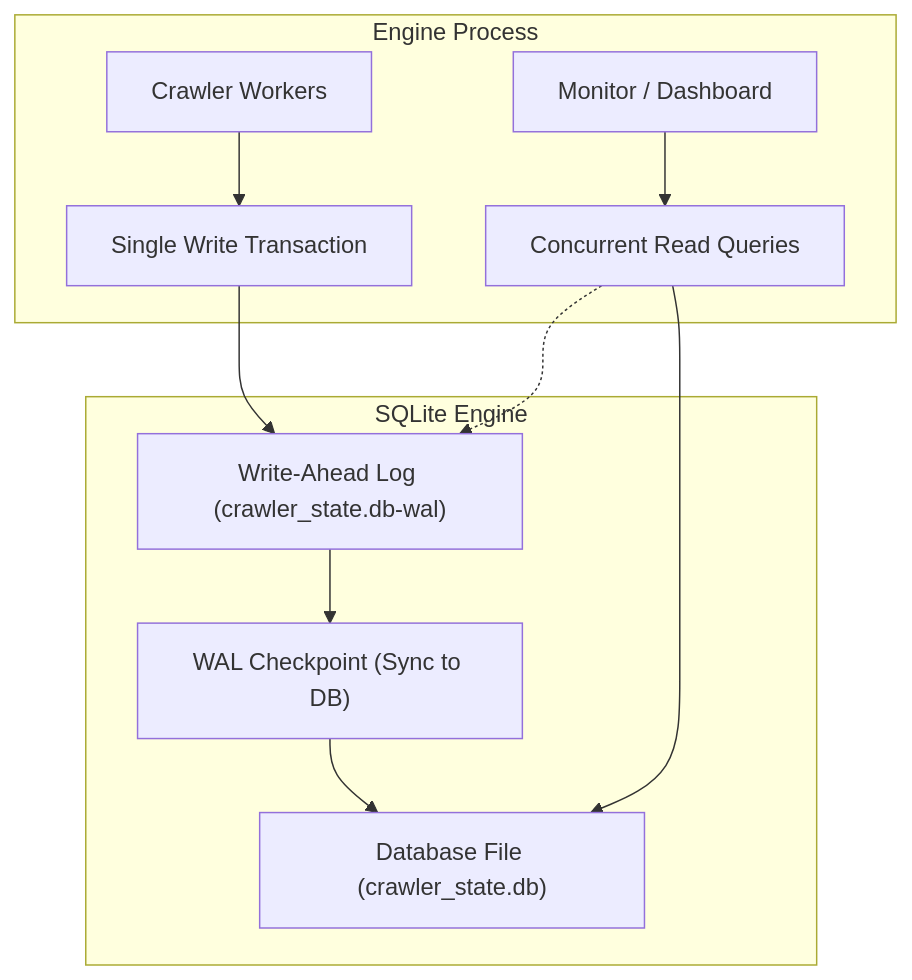
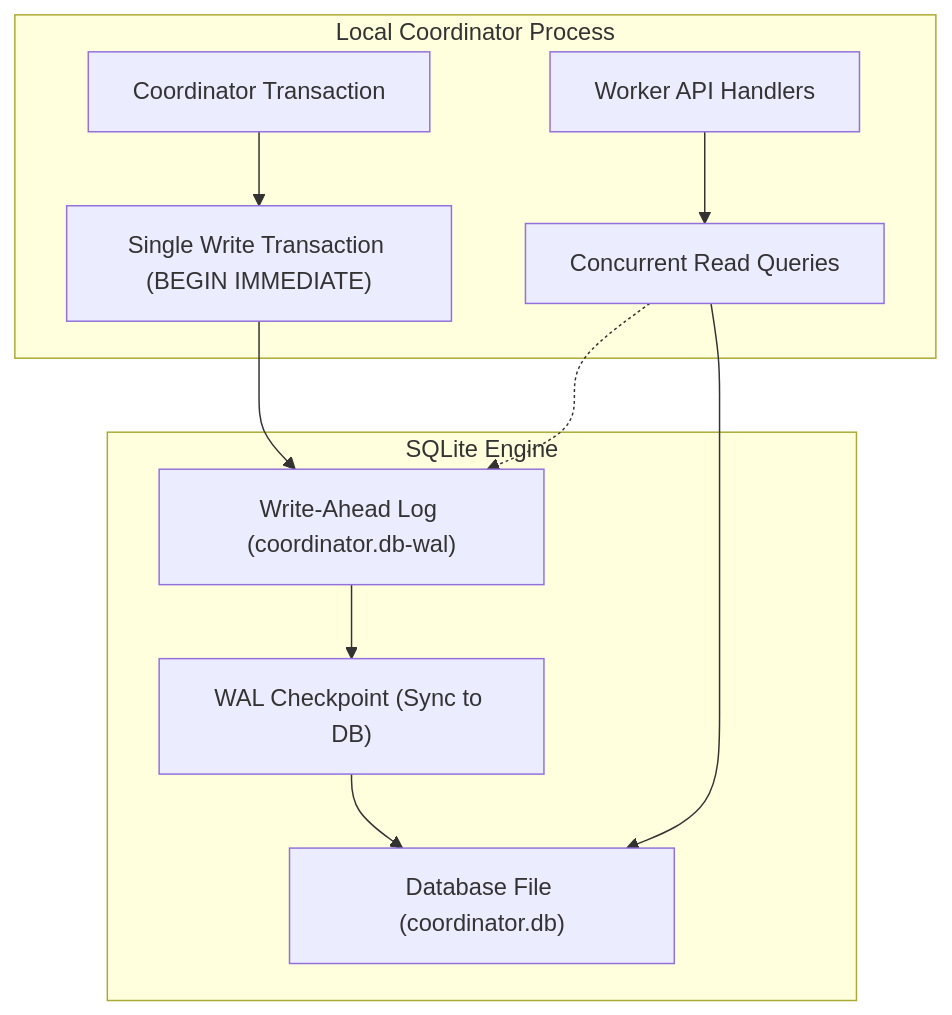
One commit to SlamTheDragon/vrc-package-crawler changed the first of 3 diagrams in docs/research/topics/06_operational_storage_and_recovery.md. Above: the diagram before and after it, drawn with Mermaid. The commit also changed other lines of this file and 35 other files, not shown here.

````diff
--- a/docs/research/topics/06_operational_storage_and_recovery.md
+++ b/docs/research/topics/06_operational_storage_and_recovery.md
@@ -12,14 +12,14 @@
 ```mermaid
 flowchart TD
-    subgraph Engine Process
-        W1["Crawler Workers"] --> A1["Single Write Transaction"]
-        R1["Monitor / Dashboard"] --> A2["Concurrent Read Queries"]
+    subgraph Local Coordinator Process
+        W1["Coordinator Transaction"] --> A1["Single Write Transaction (BEGIN IMMEDIATE)"]
+        R1["Worker API Handlers"] --> A2["Concurrent Read Queries"]
     end
     subgraph SQLite Engine
-        A1 --> WLog["Write-Ahead Log (crawler_state.db-wal)"]
+        A1 --> WLog["Write-Ahead Log (coordinator.db-wal)"]
         WLog --> Ckpt["WAL Checkpoint (Sync to DB)"]
-        Ckpt --> DB["Database File (crawler_state.db)"]
+        Ckpt --> DB["Database File (coordinator.db)"]
         A2 --> DB
         A2 -.-> WLog
     end
 ```
````
